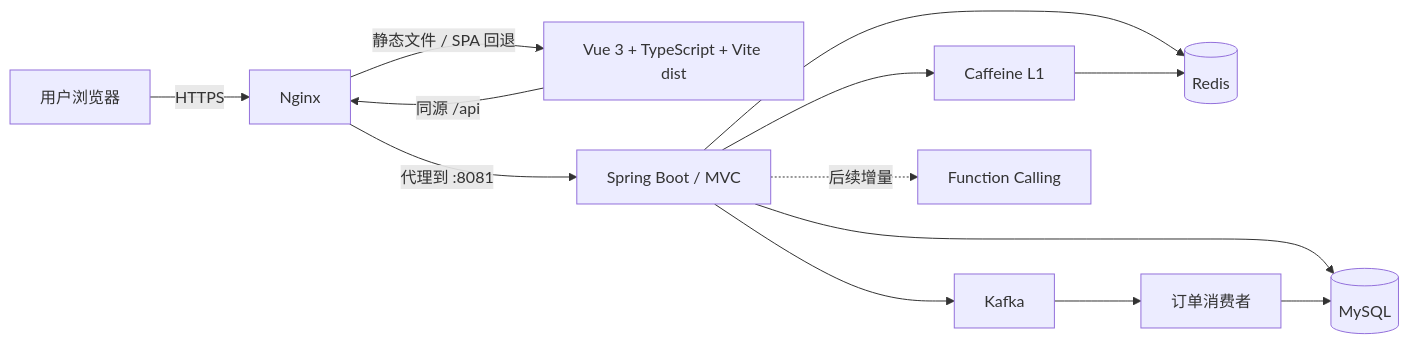
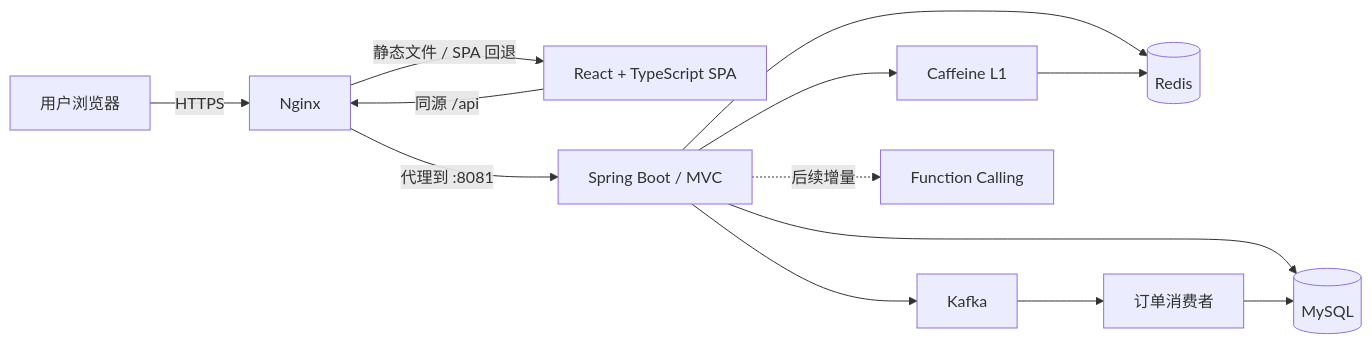
Before and after one commit to tommie-04/TokSeckill: the second of 2 diagrams in docs/architecture.md, drawn with Mermaid. The commit also changed other lines of this file and 4 other files, not shown here.

Commit message:
docs: plan the frontend with React and TypeScript

````diff
--- a/docs/architecture.md
+++ b/docs/architecture.md
@@ -91,15 +91,15 @@
 ```mermaid
 flowchart LR
     U[用户浏览器] -->|HTTPS| N[Nginx]
-    N -->|"静态文件 / SPA 回退"| V["Vue 3 + TypeScript + Vite dist"]
-    V -->|"同源 /api"| N
+    N -->|"静态文件 / SPA 回退"| Web["React + TypeScript SPA"]
+    Web -->|"同源 /api"| N
     N -->|"代理到 :8081"| S["Spring Boot / MVC"]
     S --> L["Caffeine L1"]
     S --> R[(Redis)]
     L --> R
     S --> K[Kafka]
     K --> C[订单消费者]
     S --> M[(MySQL)]
     C --> M
     S -. 后续增量 .-> A[Function Calling]
 ```
````
